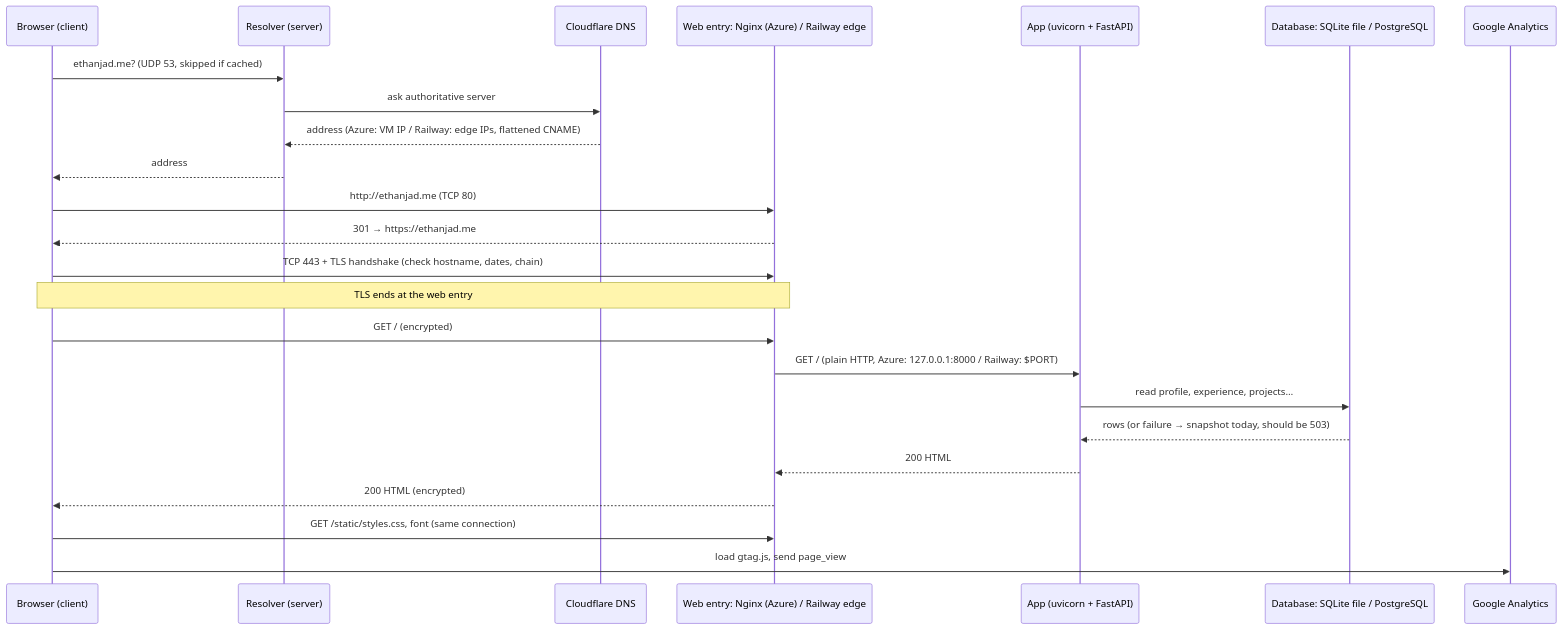
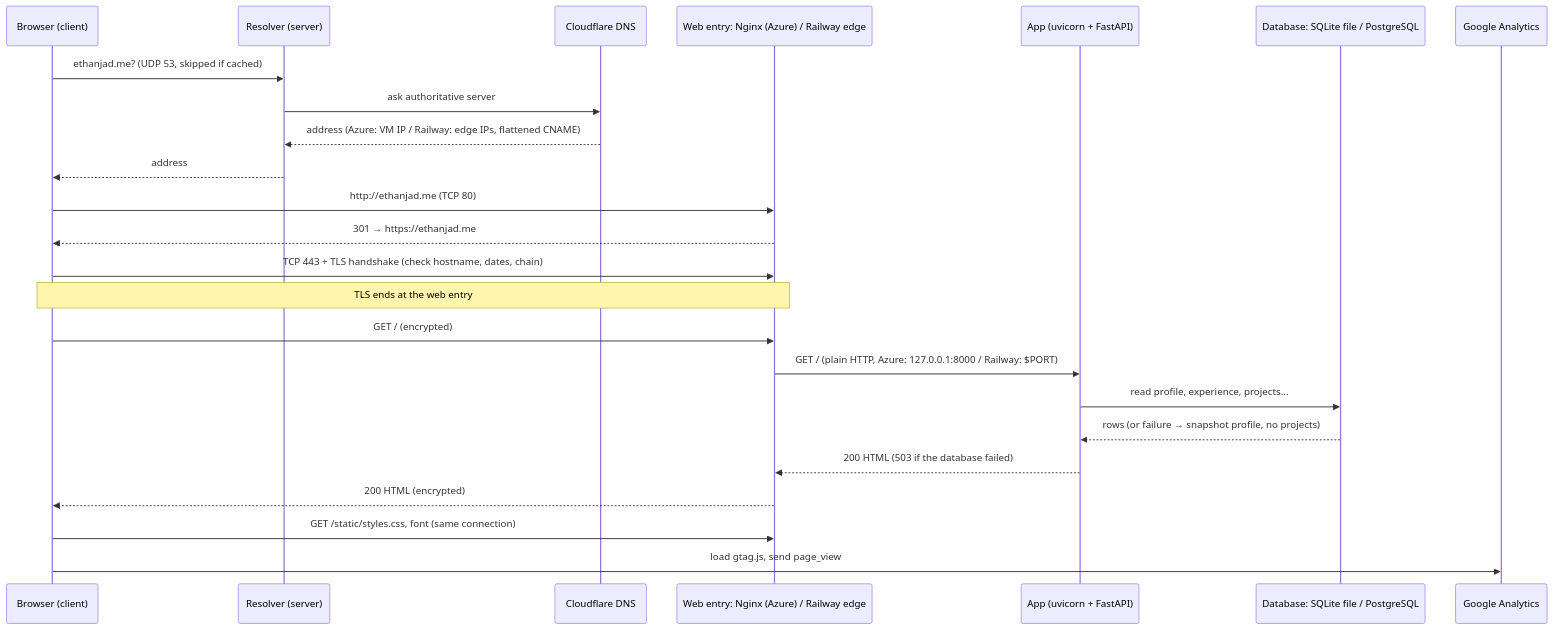
One commit to ethanjad/career-platform changed the second of 3 diagrams in docs/request-path.md. Above: the diagram before and after it, drawn with Mermaid. The commit also changed other lines of this file and 13 other files, not shown here.

First line of the commit message:
Return 503 with projects unavailable when the database is down

````diff
--- a/docs/request-path.md
+++ b/docs/request-path.md
@@ -50,27 +50,27 @@
 ```mermaid
 sequenceDiagram
   participant B as Browser (client)
   participant R as Resolver (server)
   participant C as Cloudflare DNS
   participant W as Web entry: Nginx (Azure) / Railway edge
   participant A as App (uvicorn + FastAPI)
   participant D as Database: SQLite file / PostgreSQL
   participant G as Google Analytics
 
   B->>R: ethanjad.me? (UDP 53, skipped if cached)
   R->>C: ask authoritative server
   C-->>R: address (Azure: VM IP / Railway: edge IPs, flattened CNAME)
   R-->>B: address
   B->>W: http://ethanjad.me (TCP 80)
   W-->>B: 301 → https://ethanjad.me
   B->>W: TCP 443 + TLS handshake (check hostname, dates, chain)
   Note over B,W: TLS ends at the web entry
   B->>W: GET / (encrypted)
   W->>A: GET / (plain HTTP, Azure: 127.0.0.1:8000 / Railway: $PORT)
   A->>D: read profile, experience, projects…
-  D-->>A: rows (or failure → snapshot today, should be 503)
-  A-->>W: 200 HTML
+  D-->>A: rows (or failure → snapshot profile, no projects)
+  A-->>W: 200 HTML (503 if the database failed)
   W-->>B: 200 HTML (encrypted)
   B->>W: GET /static/styles.css, font (same connection)
   B->>G: load gtag.js, send page_view
 ```
````
